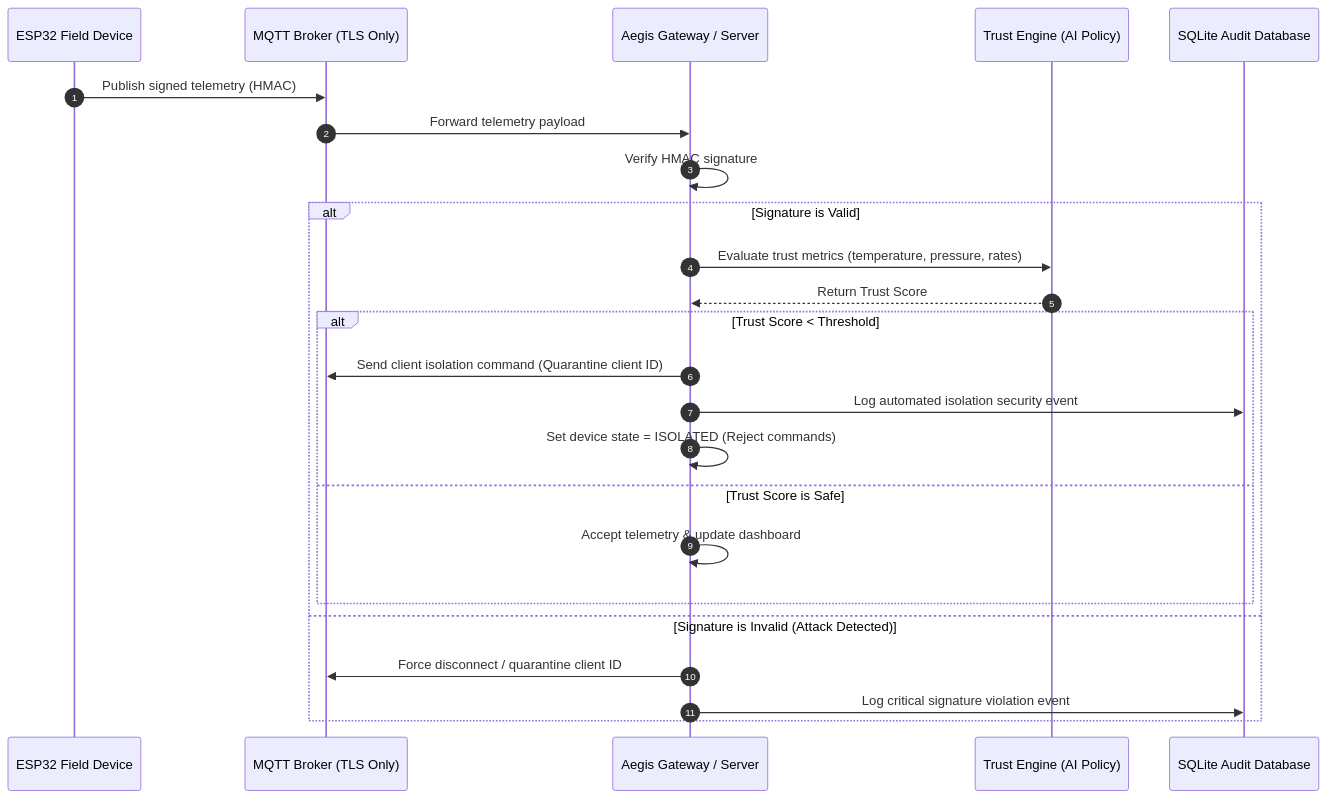
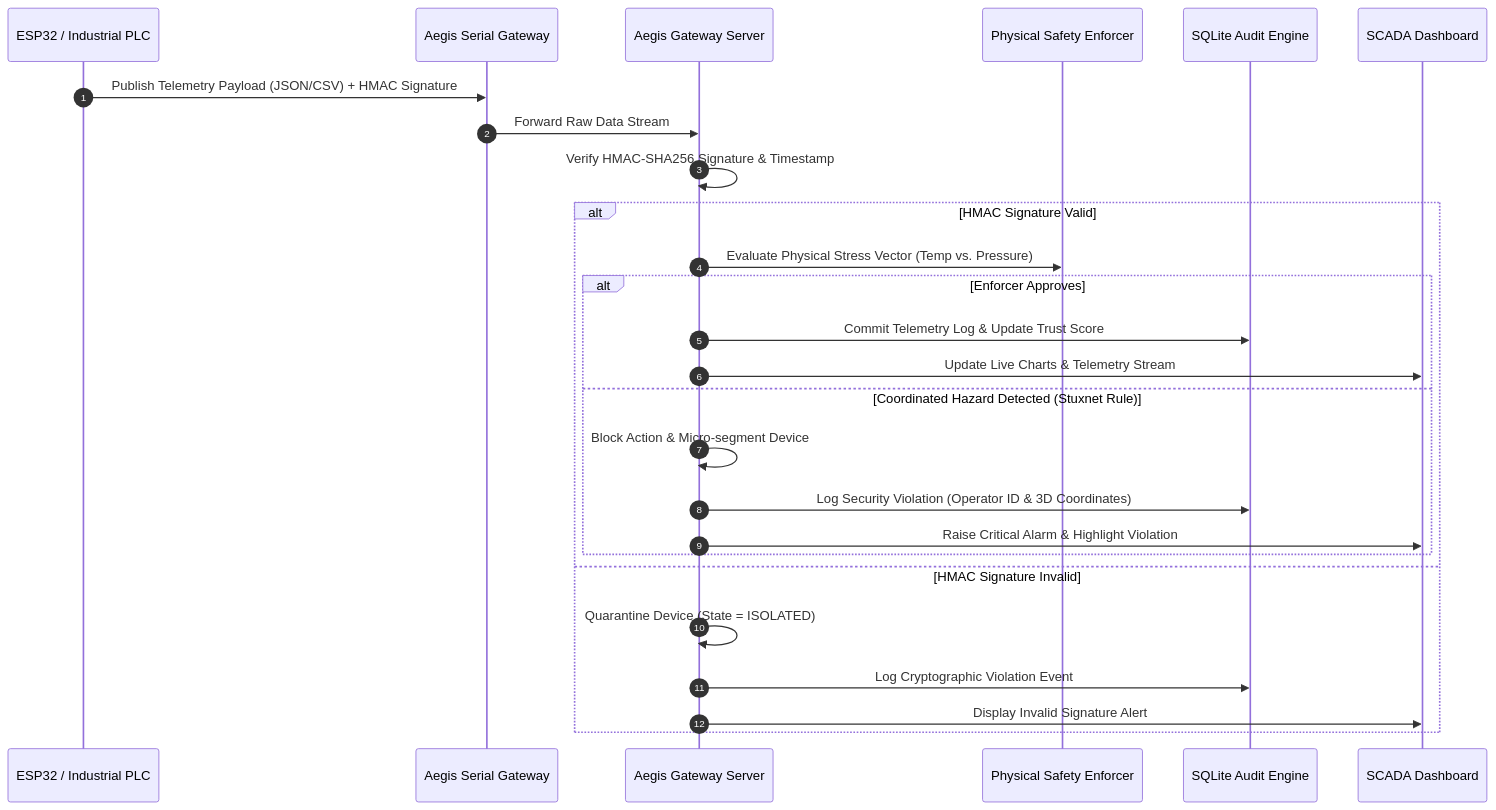
Before and after one commit to anshulec23-cloud/AI-zero-trust-project-: the diagram in README.md, drawn with Mermaid. The commit also changed other lines of this file and 19 other files, not shown here.

````diff
--- a/README.md
+++ b/README.md
@@ -54,27 +63,29 @@
 ```mermaid
 sequenceDiagram
     autonumber
-    participant ESP32 as ESP32 Field Device
-    participant Broker as MQTT Broker (TLS Only)
-    participant Server as Aegis Gateway / Server
-    participant AI as Trust Engine (AI Policy)
-    participant DB as SQLite Audit Database
+    participant Field as ESP32 / Industrial PLC
+    participant Serial as Aegis Serial Gateway
+    participant Server as Aegis Gateway Server
+    participant Enforcer as Physical Safety Enforcer
+    participant Audit as SQLite Audit Engine
+    participant GUI as SCADA Dashboard
 
-    ESP32->>Broker: Publish signed telemetry (HMAC)
-    Broker->>Server: Forward telemetry payload
-    Server->>Server: Verify HMAC signature
-    alt Signature is Valid
-        Server->>AI: Evaluate trust metrics (temperature, pressure, rates)
-        AI-->>Server: Return Trust Score
-        alt Trust Score < Threshold
-            Server->>Broker: Send client isolation command (Quarantine client ID)
-            Server->>DB: Log automated isolation security event
-            Server->>Server: Set device state = ISOLATED (Reject commands)
-        else Trust Score is Safe
-            Server->>Server: Accept telemetry & update dashboard
+    Field->>Serial: Publish Telemetry Payload (JSON/CSV) + HMAC Signature
+    Serial->>Server: Forward Raw Data Stream
+    Server->>Server: Verify HMAC-SHA256 Signature & Timestamp
+    alt HMAC Signature Valid
+        Server->>Enforcer: Evaluate Physical Stress Vector (Temp vs. Pressure)
+        alt Enforcer Approves
+            Server->>Audit: Commit Telemetry Log & Update Trust Score
+            Server->>GUI: Update Live Charts & Telemetry Stream
+        else Coordinated Hazard Detected (Stuxnet Rule)
+            Server->>Server: Block Action & Micro-segment Device
+            Server->>Audit: Log Security Violation (Operator ID & 3D Coordinates)
+            Server->>GUI: Raise Critical Alarm & Highlight Violation
         end
-    else Signature is Invalid (Attack Detected)
-        Server->>Broker: Force disconnect / quarantine client ID
-        Server->>DB: Log critical signature violation event
+    else HMAC Signature Invalid
+        Server->>Server: Quarantine Device (State = ISOLATED)
+        Server->>Audit: Log Cryptographic Violation Event
+        Server->>GUI: Display Invalid Signature Alert
     end
 ```
````
